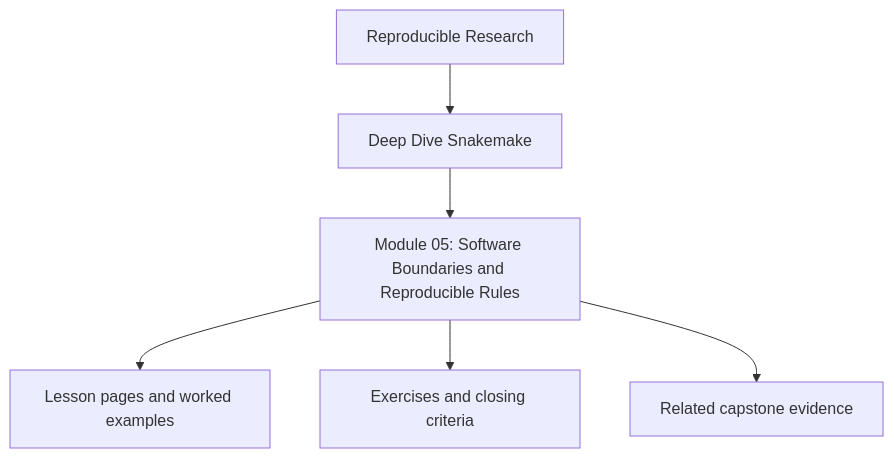
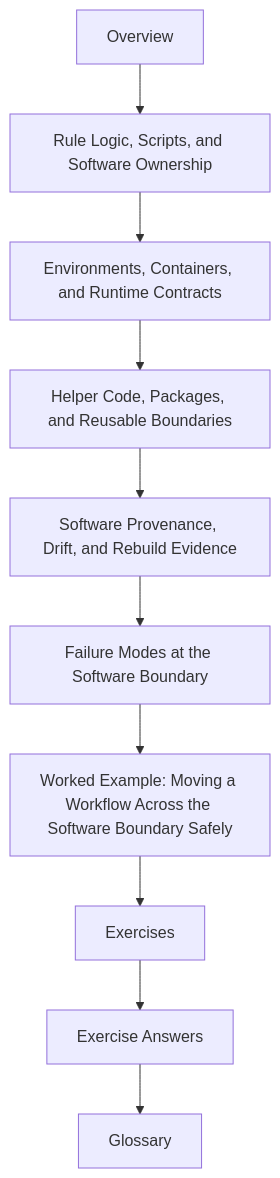
One commit to bijux/bijux-masterclass changed the diagram in programs/reproducible-research/deep-dive-snakemake/course-book/module-05-software-boundaries-reproducible-rules/index.md. Above: the diagram before and after it, drawn with Mermaid. The commit also changed other lines of this file, not shown here.

Commit message:
docs(snakemake-course): reshape module 05 overview around software boundaries

````diff
--- a/programs/reproducible-research/deep-dive-snakemake/course-book/module-05-software-boundaries-reproducible-rules/index.md
+++ b/programs/reproducible-research/deep-dive-snakemake/course-book/module-05-software-boundaries-reproducible-rules/index.md
@@ -9,8 +24,12 @@
 ```mermaid
 flowchart TD
-  family["Reproducible Research"] --> program["Deep Dive Snakemake"]
-  program --> module["Module 05: Software Boundaries and Reproducible Rules"]
-  module --> lessons["Lesson pages and worked examples"]
-  module --> checkpoints["Exercises and closing criteria"]
-  module --> capstone["Related capstone evidence"]
+  start["Overview"] --> core1["Rule Logic, Scripts, and Software Ownership"]
+  core1 --> core2["Environments, Containers, and Runtime Contracts"]
+  core2 --> core3["Helper Code, Packages, and Reusable Boundaries"]
+  core3 --> core4["Software Provenance, Drift, and Rebuild Evidence"]
+  core4 --> core5["Failure Modes at the Software Boundary"]
+  core5 --> example["Worked Example: Moving a Workflow Across the Software Boundary Safely"]
+  example --> practice["Exercises"]
+  practice --> answers["Exercise Answers"]
+  answers --> glossary["Glossary"]
 ```
````
